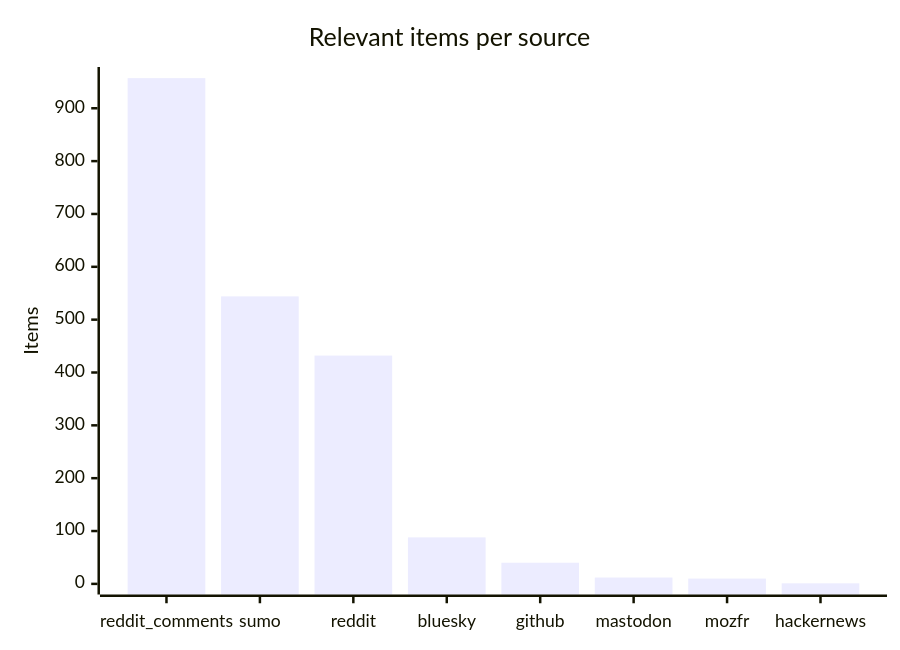
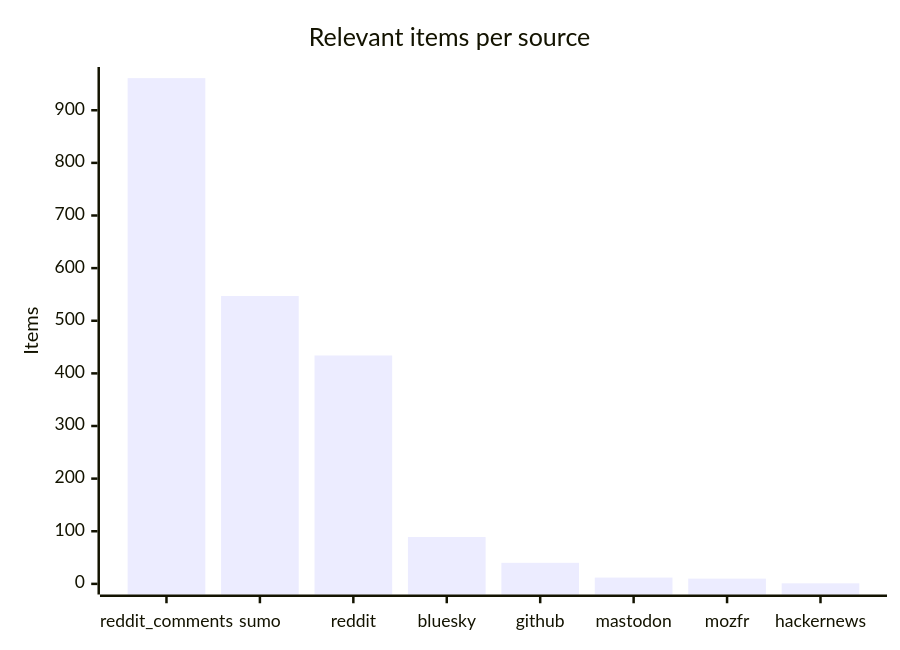
Before and after one commit to martinbalfanz/social-scanner-reports: the third of 4 diagrams in README.md, drawn with Mermaid. The commit also changed other lines of this file and 4 other files, not shown here.

````diff
--- a/README.md
+++ b/README.md
@@ -48,7 +48,7 @@
 ```mermaid
 xychart-beta
     title "Relevant items per source"
     x-axis ["reddit_comments", "sumo", "reddit", "bluesky", "github", "mastodon", "mozfr", "hackernews"]
-    y-axis "Items" 0 --> 958
-    bar [957, 544, 432, 88, 40, 12, 10, 1]
+    y-axis "Items" 0 --> 962
+    bar [961, 547, 434, 89, 40, 12, 10, 1]
 ```
````
